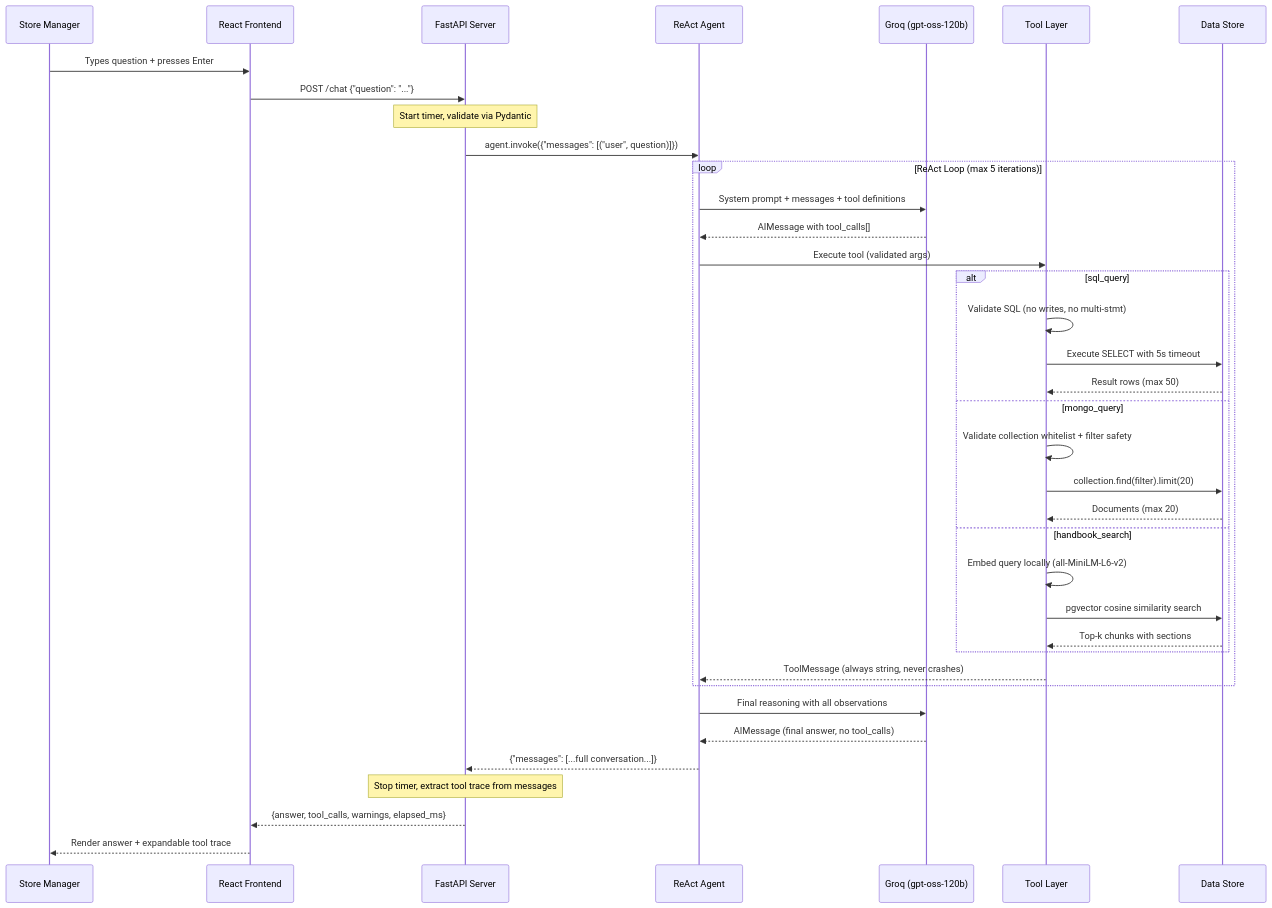
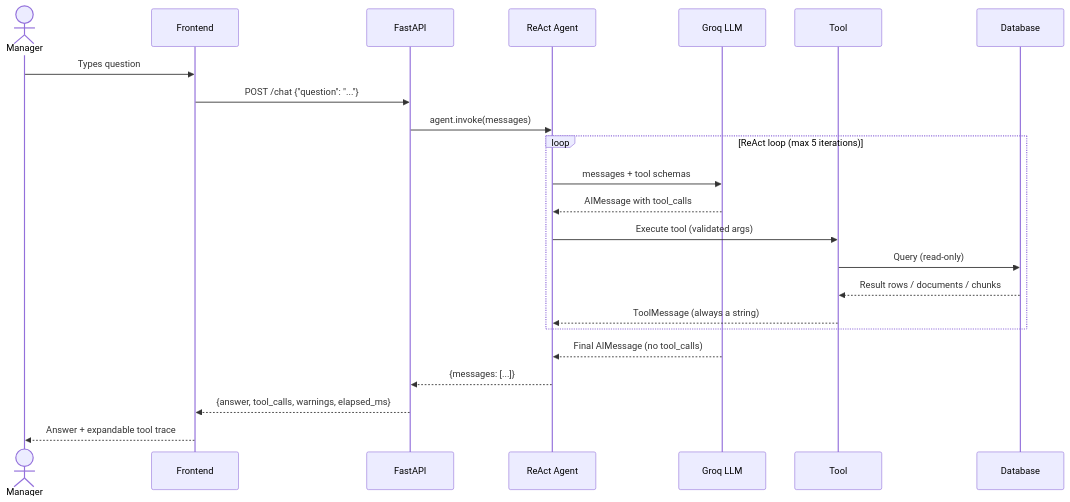
Before and after one commit to Manoj10041996/MultiDBAgent_class5_hw2_ManojKumarY: the second of 4 diagrams in docs/ARCHITECTURE.md, drawn with Mermaid. The commit also changed other lines of this file, not shown here.

Commit message:
docs: rewrite architecture diagrams to standard Mermaid - renders on GitHub

````diff
--- a/docs/ARCHITECTURE.md
+++ b/docs/ARCHITECTURE.md
@@ -75,48 +56,28 @@
 ```mermaid
 sequenceDiagram
-    participant U as Store Manager
-    participant FE as React Frontend
-    participant API as FastAPI Server
-    participant AG as ReAct Agent
-    participant LLM as Groq (gpt-oss-120b)
-    participant TL as Tool Layer
-    participant DB as Data Store
+    actor M as Manager
+    participant F as Frontend
+    participant A as FastAPI
+    participant R as ReAct Agent
+    participant G as Groq LLM
+    participant T as Tool
+    participant D as Database
 
-    U->>FE: Types question + presses Enter
-    FE->>API: POST /chat {"question": "..."}
+    M->>F: Types question
+    F->>A: POST /chat {"question": "..."}
+    A->>R: agent.invoke(messages)
 
-    Note over API: Start timer, validate via Pydantic
-
-    API->>AG: agent.invoke({"messages": [("user", question)]})
-
-    loop ReAct Loop (max 5 iterations)
-        AG->>LLM: System prompt + messages + tool definitions
-        LLM-->>AG: AIMessage with tool_calls[]
-        AG->>TL: Execute tool (validated args)
-
-        alt sql_query
-            TL->>TL: Validate SQL (no writes, no multi-stmt)
-            TL->>DB: Execute SELECT with 5s timeout
-            DB-->>TL: Result rows (max 50)
-        else mongo_query
-            TL->>TL: Validate collection whitelist + filter safety
-            TL->>DB: collection.find(filter).limit(20)
-            DB-->>TL: Documents (max 20)
-        else handbook_search
-            TL->>TL: Embed query locally (all-MiniLM-L6-v2)
-            TL->>DB: pgvector cosine similarity search
-            DB-->>TL: Top-k chunks with sections
-        end
-
-        TL-->>AG: ToolMessage (always string, never crashes)
+    loop ReAct loop (max 5 iterations)
+        R->>G: messages + tool schemas
+        G-->>R: AIMessage with tool_calls
+        R->>T: Execute tool (validated args)
+        T->>D: Query (read-only)
+        D-->>T: Result rows / documents / chunks
+        T-->>R: ToolMessage (always a string)
     end
 
-    AG->>LLM: Final reasoning with all observations
-    LLM-->>AG: AIMessage (final answer, no tool_calls)
-    AG-->>API: {"messages": [...full conversation...]}
-
-    Note over API: Stop timer, extract tool trace from messages
-
-    API-->>FE: {answer, tool_calls, warnings, elapsed_ms}
-    FE-->>U: Render answer + expandable tool trace
+    G-->>R: Final AIMessage (no tool_calls)
+    R-->>A: {messages: [...]}
+    A-->>F: {answer, tool_calls, warnings, elapsed_ms}
+    F-->>M: Answer + expandable tool trace
 ```
````
